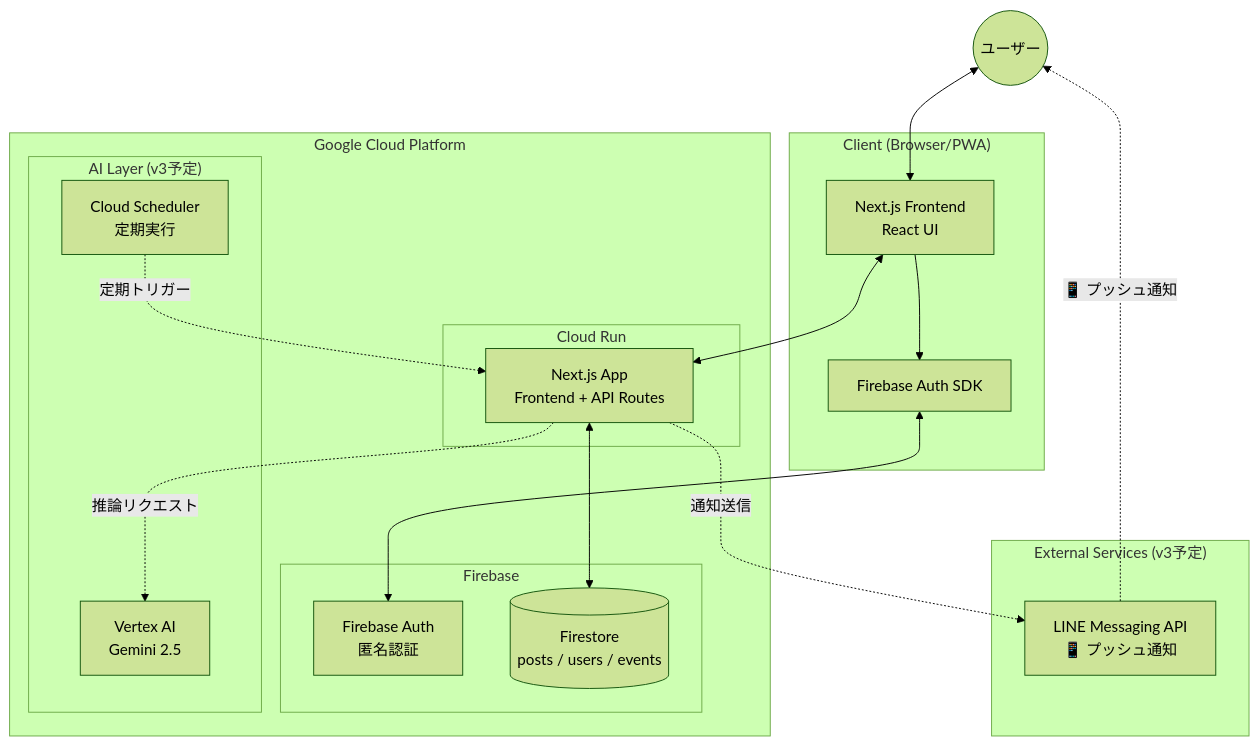
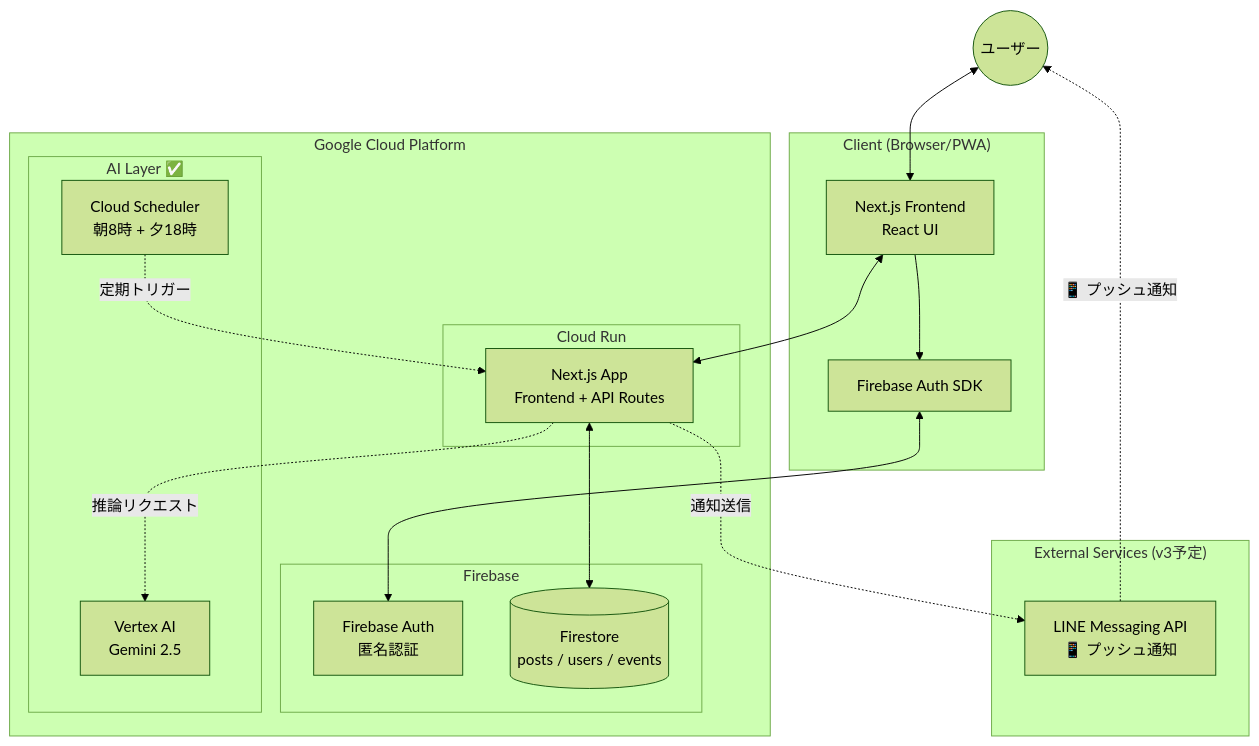
The first of 5 diagrams in README.md (nekoai-lab/tsugi-no-tokimeki), drawn with Mermaid (forest theme) before and after one commit. The commit also changed other lines of this file, not shown here.

Commit message:
docs: update README with today's progress (Vertex AI, Cloud Scheduler)

````diff
--- a/README.md
+++ b/README.md
@@ -41,39 +43,39 @@
 ```mermaid
 graph TD
     User((ユーザー))
     
     subgraph "Client (Browser/PWA)"
         UI[Next.js Frontend<br/>React UI]
         AuthSDK[Firebase Auth SDK]
     end
     
     subgraph "Google Cloud Platform"
         subgraph "Cloud Run"
             API[Next.js App<br/>Frontend + API Routes]
         end
         
         subgraph "Firebase"
             Auth[Firebase Auth<br/>匿名認証]
             Firestore[(Firestore<br/>posts / users / events)]
         end
         
-        subgraph "AI Layer (v3予定)"
+        subgraph "AI Layer ✅"
             VertexAI[Vertex AI<br/>Gemini 2.5]
-            Scheduler[Cloud Scheduler<br/>定期実行]
+            Scheduler[Cloud Scheduler<br/>朝8時 + 夕18時]
         end
     end
     
     subgraph "External Services (v3予定)"
         LINE[LINE Messaging API<br/>📱 プッシュ通知]
     end
     
     User <--> UI
     UI --> AuthSDK
     AuthSDK <--> Auth
     UI <--> API
     API <--> Firestore
     Scheduler -.->|"定期トリガー"| API
     API -.->|"推論リクエスト"| VertexAI
     API -.->|"通知送信"| LINE
     LINE -.->|"📱 プッシュ通知"| User
 ```
````
